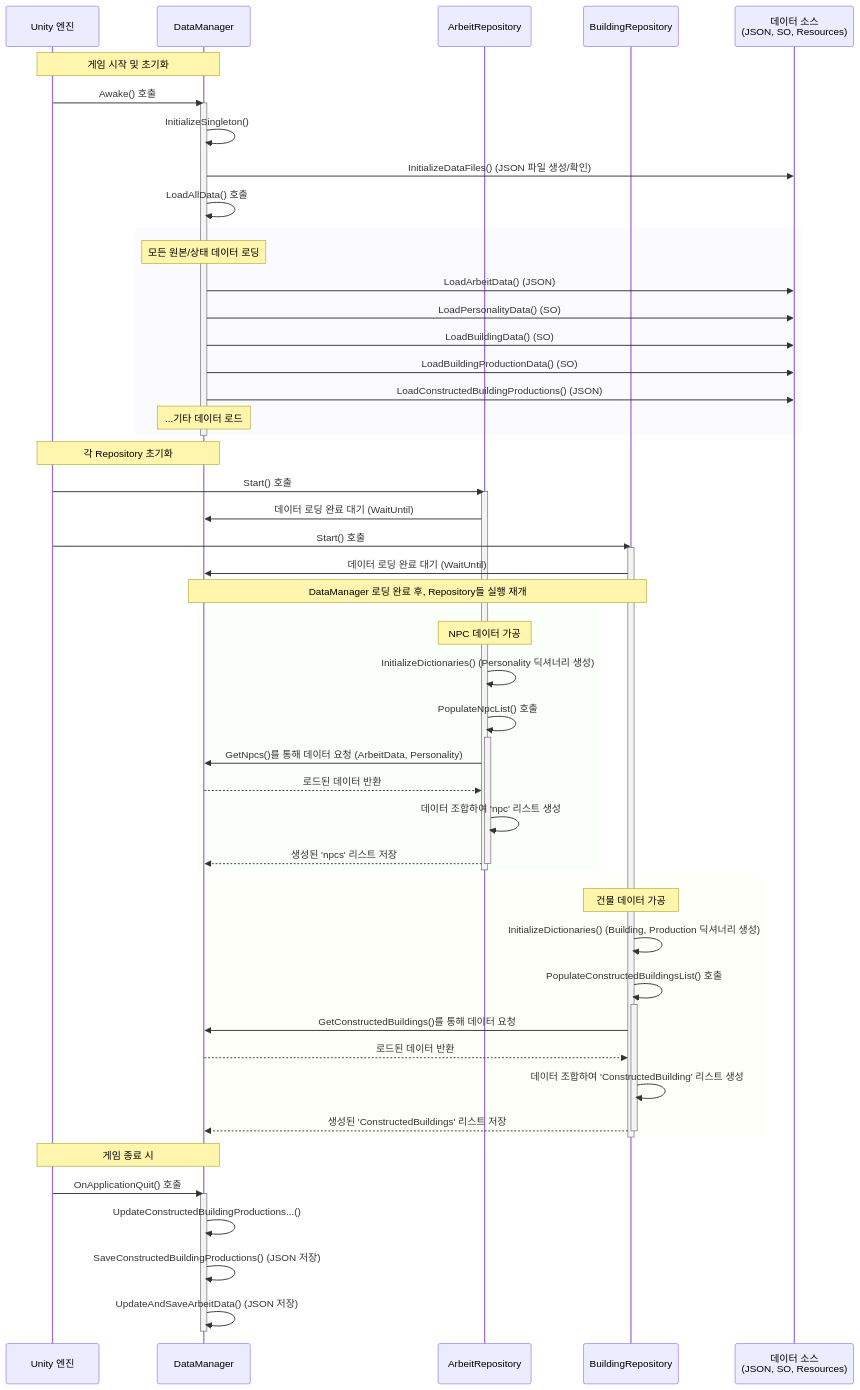
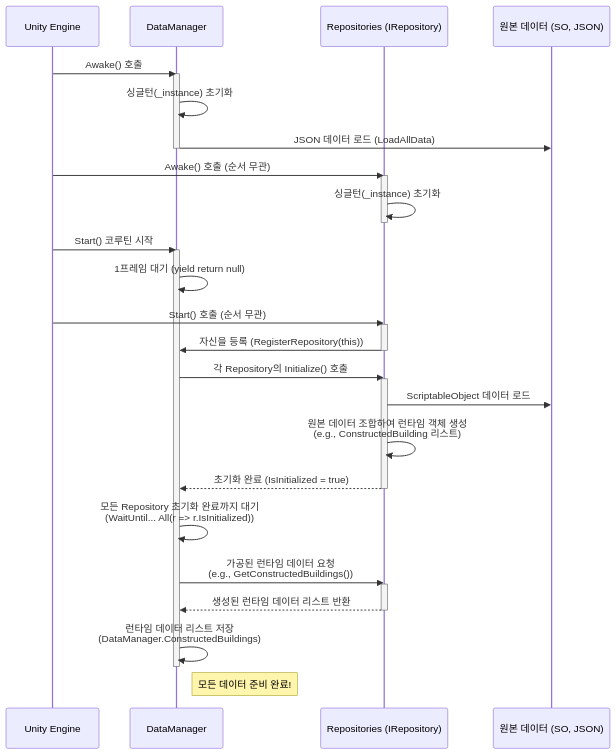
Before and after one commit to hashtag-raccoon/Blood-On-the-Rock: the diagram in Assets/Scripts/Merge/datamanager.mmd, drawn with Mermaid. The commit also changed 28 other files, not shown here.

```diff
--- a/Assets/Scripts/Merge/datamanager.mmd
+++ b/Assets/Scripts/Merge/datamanager.mmd
@@ -1,69 +1,44 @@
 sequenceDiagram
-    participant UnityEngine as Unity 엔진
-    participant DataManager as DataManager
-    participant ArbeitRepository as ArbeitRepository
-    participant BuildingRepository as BuildingRepository
-    participant DataSources as 데이터 소스<br/>(JSON, SO, Resources)
+    participant UnityEngine as Unity Engine
+    participant DataManager
+    participant Repositories as Repositories (IRepository)
+    participant SO_JSON as 원본 데이터 (SO, JSON)
 
-    Note over UnityEngine, DataManager: 게임 시작 및 초기화
     UnityEngine->>DataManager: Awake() 호출
     activate DataManager
-    DataManager->>DataManager: InitializeSingleton()
-    DataManager->>DataSources: InitializeDataFiles() (JSON 파일 생성/확인)
-    DataManager->>DataManager: LoadAllData() 호출
-    
-    rect rgba(200, 200, 255, .1)
-        Note over DataManager: 모든 원본/상태 데이터 로딩
-        DataManager->>DataSources: LoadArbeitData() (JSON)
-        DataManager->>DataSources: LoadPersonalityData() (SO)
-        DataManager->>DataSources: LoadBuildingData() (SO)
-        DataManager->>DataSources: LoadBuildingProductionData() (SO)
-        DataManager->>DataSources: LoadConstructedBuildingProductions() (JSON)
-        Note over DataManager: ...기타 데이터 로드
-    end
+    DataManager->>DataManager: 싱글턴(_instance) 초기화
+    DataManager->>SO_JSON: JSON 데이터 로드 (LoadAllData)
     deactivate DataManager
 
-    Note over UnityEngine, DataManager: 각 Repository 초기화
-    UnityEngine->>ArbeitRepository: Start() 호출
-    activate ArbeitRepository
-    ArbeitRepository->>DataManager: 데이터 로딩 완료 대기 (WaitUntil)
+    UnityEngine->>Repositories: Awake() 호출 (순서 무관)
+    activate Repositories
+    Repositories->>Repositories: 싱글턴(_instance) 초기화
+    deactivate Repositories
 
-    UnityEngine->>BuildingRepository: Start() 호출
-    activate BuildingRepository
-    BuildingRepository->>DataManager: 데이터 로딩 완료 대기 (WaitUntil)
+    UnityEngine->>DataManager: Start() 코루틴 시작
+    activate DataManager
+    DataManager->>DataManager: 1프레임 대기 (yield return null)
 
-    Note over DataManager, BuildingRepository: DataManager 로딩 완료 후, Repository들 실행 재개
+    UnityEngine->>Repositories: Start() 호출 (순서 무관)
+    activate Repositories
+    Repositories->>DataManager: 자신을 등록 (RegisterRepository(this))
+    deactivate Repositories
 
-    rect rgba(200, 255, 200, .1)
-        Note over ArbeitRepository: NPC 데이터 가공
-        ArbeitRepository->>ArbeitRepository: InitializeDictionaries() (Personality 딕셔너리 생성)
-        ArbeitRepository->>ArbeitRepository: PopulateNpcList() 호출
-        activate ArbeitRepository
-            ArbeitRepository->>DataManager: GetNpcs()를 통해 데이터 요청 (ArbeitData, Personality)
-            DataManager-->>ArbeitRepository: 로드된 데이터 반환
-            ArbeitRepository->>ArbeitRepository: 데이터 조합하여 'npc' 리스트 생성
-            ArbeitRepository-->>DataManager: 생성된 'npcs' 리스트 저장
-        deactivate ArbeitRepository
-    end
-    deactivate ArbeitRepository
+    DataManager->>Repositories: 각 Repository의 Initialize() 호출
+    activate Repositories
+    Repositories->>SO_JSON: ScriptableObject 데이터 로드
+    Repositories->>Repositories: 원본 데이터 조합하여 런타임 객체 생성<br/>(e.g., ConstructedBuilding 리스트)
+    Repositories-->>DataManager: 초기화 완료 (IsInitialized = true)
+    deactivate Repositories
 
-    rect rgba(255, 255, 200, .1)
-        Note over BuildingRepository: 건물 데이터 가공
-        BuildingRepository->>BuildingRepository: InitializeDictionaries() (Building, Production 딕셔너리 생성)
-        BuildingRepository->>BuildingRepository: PopulateConstructedBuildingsList() 호출
-        activate BuildingRepository
-            BuildingRepository->>DataManager: GetConstructedBuildings()를 통해 데이터 요청
-            DataManager-->>BuildingRepository: 로드된 데이터 반환
-            BuildingRepository->>BuildingRepository: 데이터 조합하여 'ConstructedBuilding' 리스트 생성
-            BuildingRepository-->>DataManager: 생성된 'ConstructedBuildings' 리스트 저장
-        deactivate BuildingRepository
-    end
-    deactivate BuildingRepository
+    DataManager->>DataManager: 모든 Repository 초기화 완료까지 대기<br/>(WaitUntil... All(r => r.IsInitialized))
+    
+    DataManager->>Repositories: 가공된 런타임 데이터 요청<br/>(e.g., GetConstructedBuildings())
+    activate Repositories
+    Repositories-->>DataManager: 생성된 런타임 데이터 리스트 반환
+    deactivate Repositories
+    
+    DataManager->>DataManager: 런타임 데이터 리스트 저장<br/>(DataManager.ConstructedBuildings)
+    deactivate DataManager
 
-    Note over UnityEngine, DataManager: 게임 종료 시
-    UnityEngine->>DataManager: OnApplicationQuit() 호출
-    activate DataManager
-    DataManager->>DataManager: UpdateConstructedBuildingProductions...()
-    DataManager->>DataManager: SaveConstructedBuildingProductions() (JSON 저장)
-    DataManager->>DataManager: UpdateAndSaveArbeitData() (JSON 저장)
-    deactivate DataManager
+    Note right of DataManager: 모든 데이터 준비 완료!
```
